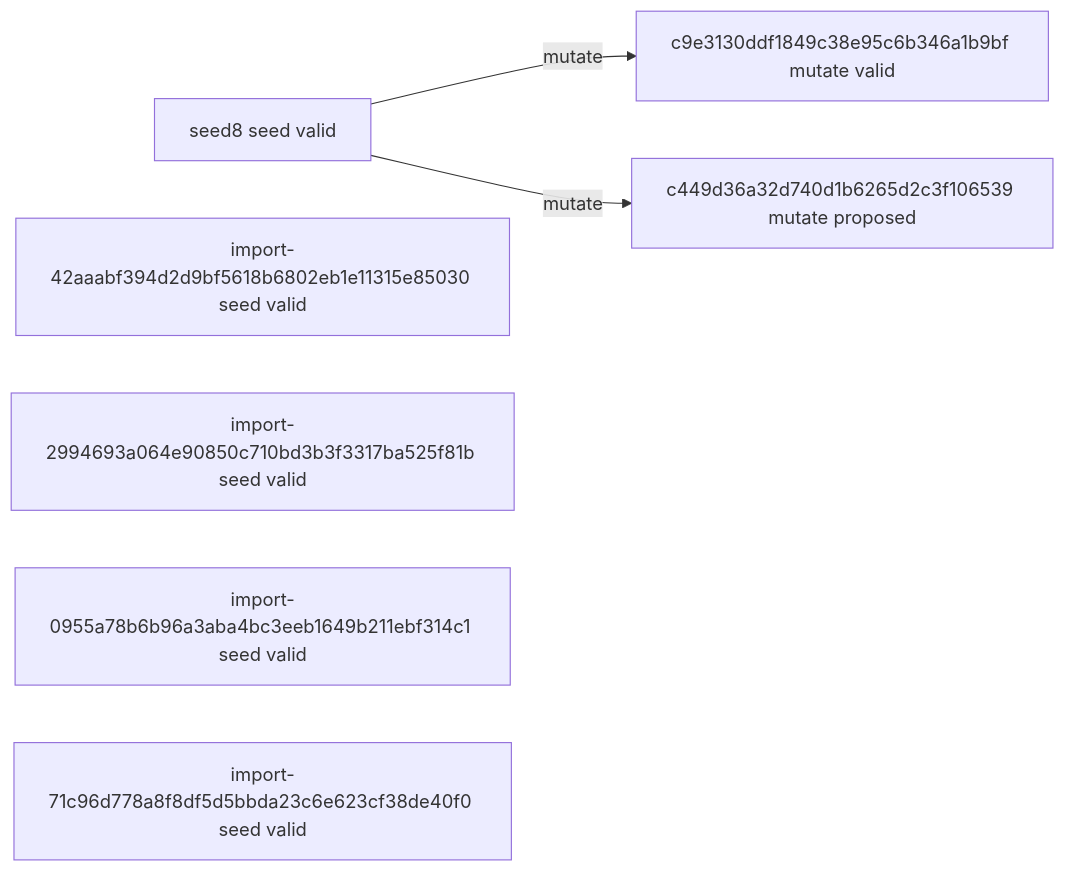
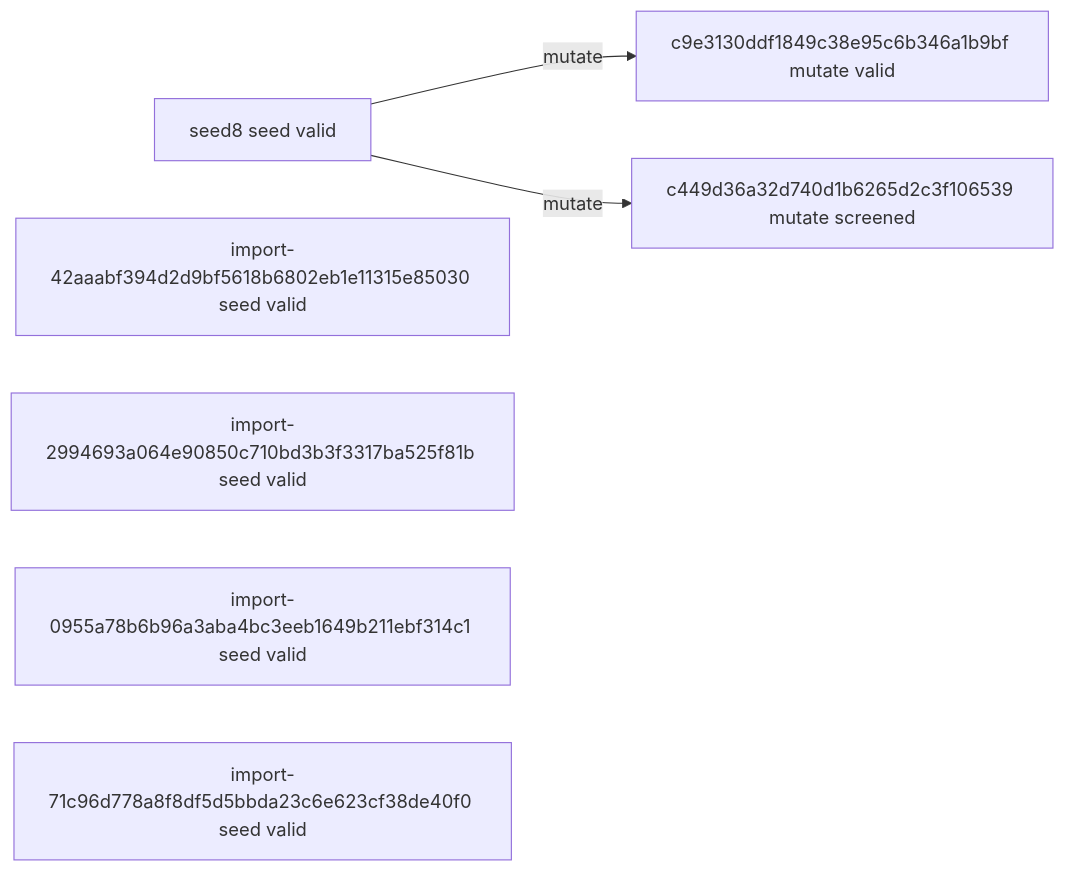
One commit to timbtz/feyer-search-lab changed the diagram in experiments/campaigns/smac-pilot-v1/README.md. Above: the diagram before and after it, drawn with Mermaid. The commit also changed other lines of this file and 7 other files, not shown here.

````diff
--- a/experiments/campaigns/smac-pilot-v1/README.md
+++ b/experiments/campaigns/smac-pilot-v1/README.md
@@ -21,12 +21,12 @@
 ```mermaid
 graph LR
   n0["seed8 seed valid"]
   n1["import-42aaabf394d2d9bf5618b6802eb1e11315e85030 seed valid"]
   n2["import-2994693a064e90850c710bd3b3f3317ba525f81b seed valid"]
   n3["import-0955a78b6b96a3aba4bc3eeb1649b211ebf314c1 seed valid"]
   n4["import-71c96d778a8f8df5d5bbda23c6e623cf38de40f0 seed valid"]
   n5["c9e3130ddf1849c38e95c6b346a1b9bf mutate valid"]
-  n6["c449d36a32d740d1b6265d2c3f106539 mutate proposed"]
+  n6["c449d36a32d740d1b6265d2c3f106539 mutate screened"]
   n0 -->|mutate| n5
   n0 -->|mutate| n6
 ```
````
